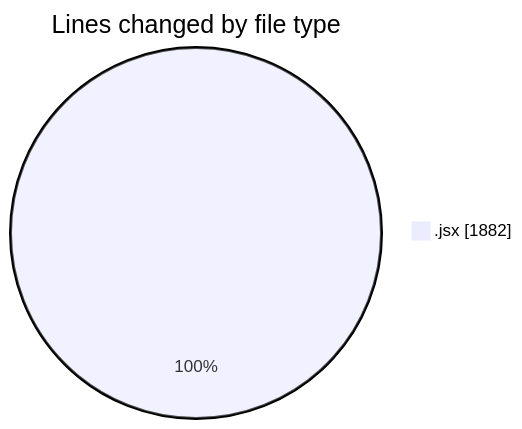
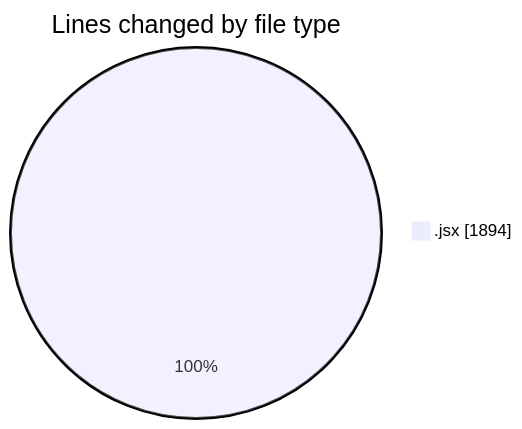
The first of 2 diagrams in 2025-05-26/nxtqube_webapp/README.md (nxtqubesakshisongat/code-tracking), drawn with Mermaid before and after one commit. The commit also changed other lines of this file and 1 other file, not shown here.

````diff
--- a/2025-05-26/nxtqube_webapp/README.md
+++ b/2025-05-26/nxtqube_webapp/README.md
@@ -20,5 +20,5 @@
 ```mermaid
 pie showData
 title Lines changed by file type
-".jsx" : 1882
+".jsx" : 1894
 ```
````
